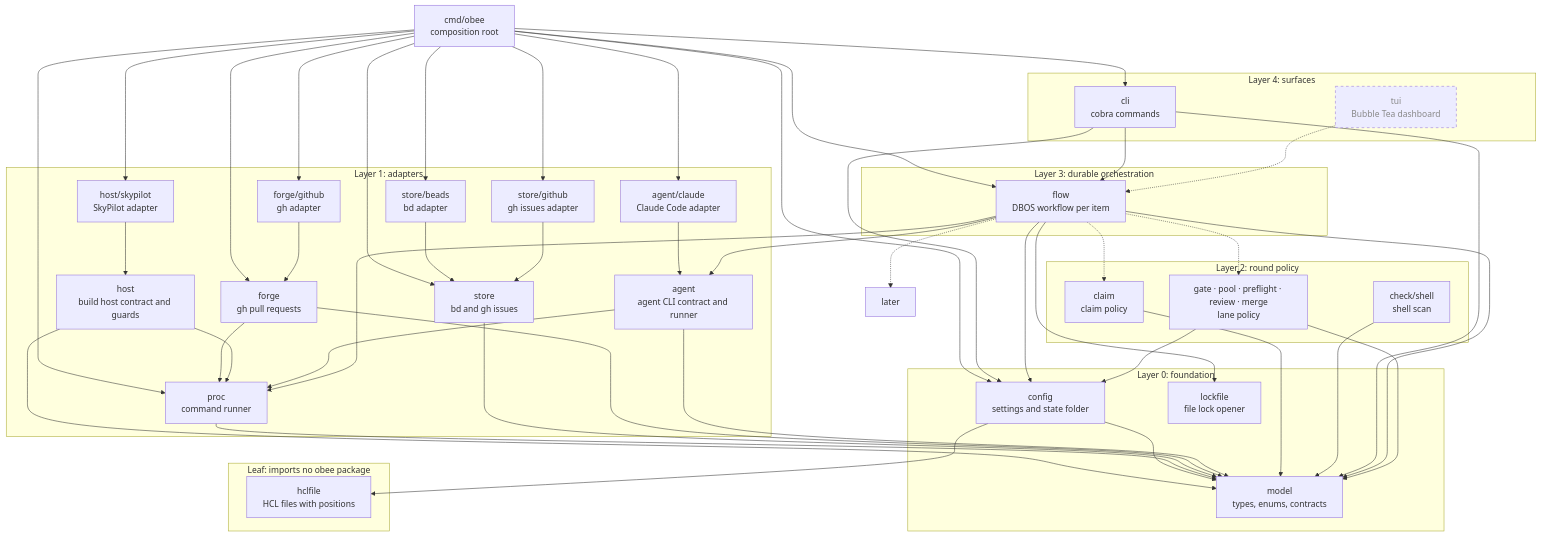
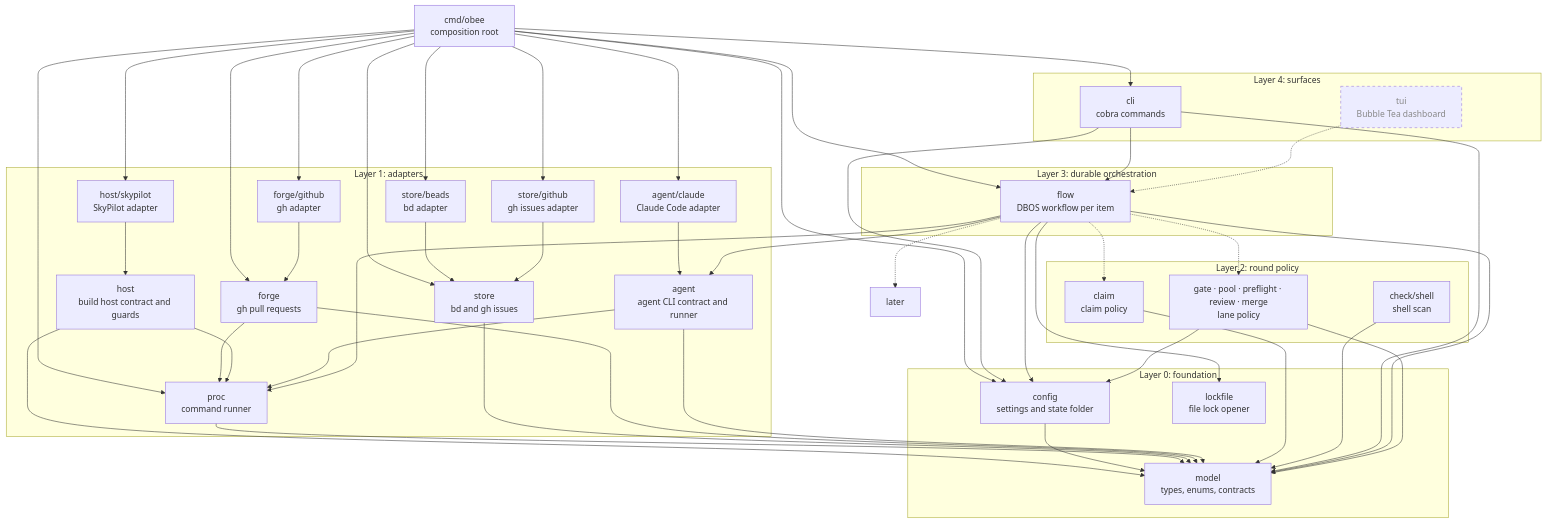
One commit to tobocop2/beehave changed the first of 3 diagrams in docs/architecture.md. Above: the diagram before and after it, drawn with Mermaid. The commit also changed other lines of this file and 54 other files, not shown here.

```diff
--- a/docs/architecture.md
+++ b/docs/architecture.md
@@ -149,10 +149,6 @@
         lockfile["lockfile<br/>file lock opener"]
     end
 
-    subgraph LEAF["Leaf: imports no obee package"]
-        hclfile["hclfile<br/>HCL files with positions"]
-    end
-
     main --> cli
     main --> config
     main --> store
@@ -174,7 +170,6 @@
     ghissues --> store
     ghforge --> forge
     config --> model
-    config --> hclfile
     proc --> model
     store --> model
     forge --> model
```
